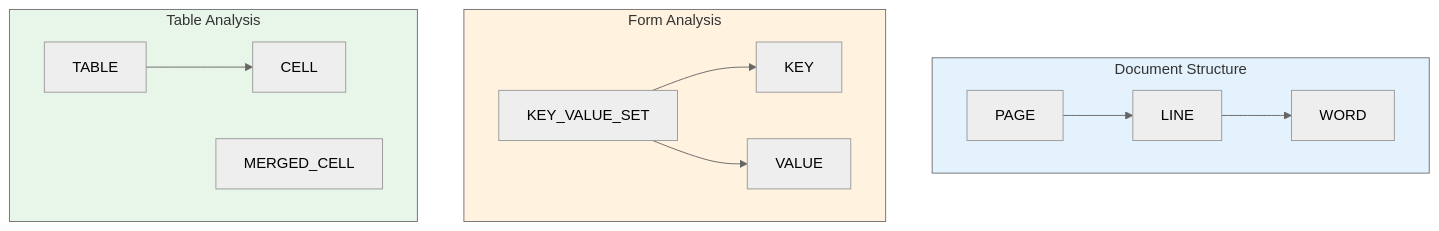
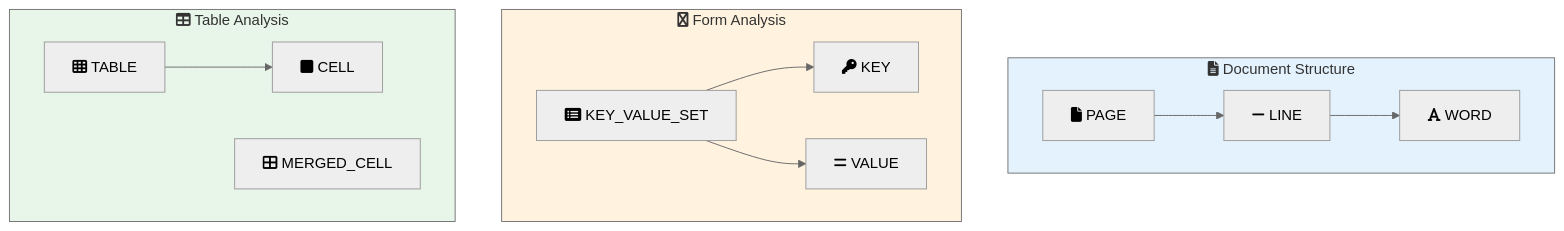
Before and after one commit to vinu76jsr/aws-sample-projects: the second of 3 diagrams in aws-ml-associate-prep/12-textract-docs/LAB.md, drawn with Mermaid (neutral theme). The commit also changed other lines of this file and 15 other files, not shown here.

First line of the commit message:
Add Font Awesome icons to all Mermaid diagrams

````diff
--- a/aws-ml-associate-prep/12-textract-docs/LAB.md
+++ b/aws-ml-associate-prep/12-textract-docs/LAB.md
@@ -47,30 +47,30 @@
 ```mermaid
 flowchart TB
-    subgraph Document["Document Structure"]
-        Page[PAGE]
-        Line[LINE]
-        Word[WORD]
+    subgraph Document["fa:fa-file-alt Document Structure"]
+        Page[fa:fa-file PAGE]
+        Line[fa:fa-minus LINE]
+        Word[fa:fa-font WORD]
     end
 
-    subgraph Forms["Form Analysis"]
-        KVSet[KEY_VALUE_SET]
-        Key[KEY]
-        Value[VALUE]
+    subgraph Forms["fa:fa-wpforms Form Analysis"]
+        KVSet[fa:fa-list-alt KEY_VALUE_SET]
+        Key[fa:fa-key KEY]
+        Value[fa:fa-equals VALUE]
     end
 
-    subgraph Tables["Table Analysis"]
-        Table[TABLE]
-        Cell[CELL]
-        MergedCell[MERGED_CELL]
+    subgraph Tables["fa:fa-table Table Analysis"]
+        Table[fa:fa-th TABLE]
+        Cell[fa:fa-square CELL]
+        MergedCell[fa:fa-th-large MERGED_CELL]
     end
 
     Page --> Line
     Line --> Word
     KVSet --> Key
     KVSet --> Value
     Table --> Cell
 
     style Document fill:#e3f2fd
     style Forms fill:#fff3e0
     style Tables fill:#e8f5e9
 ```
````
